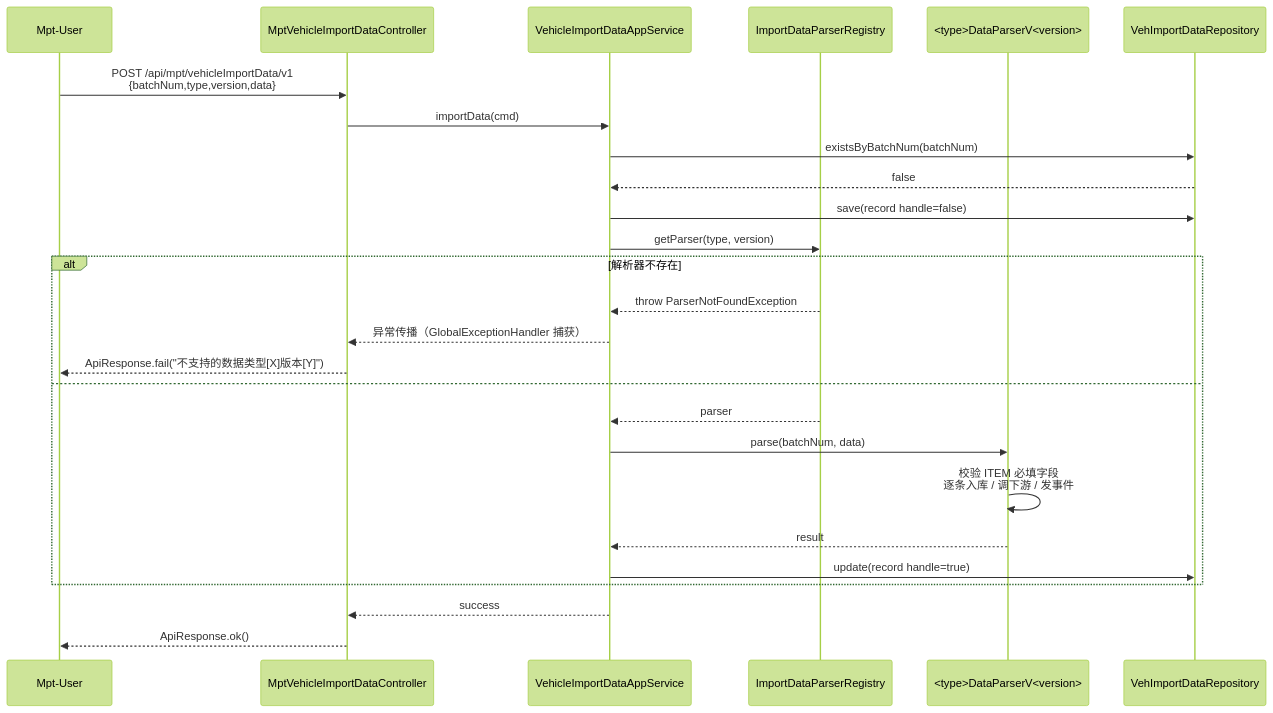
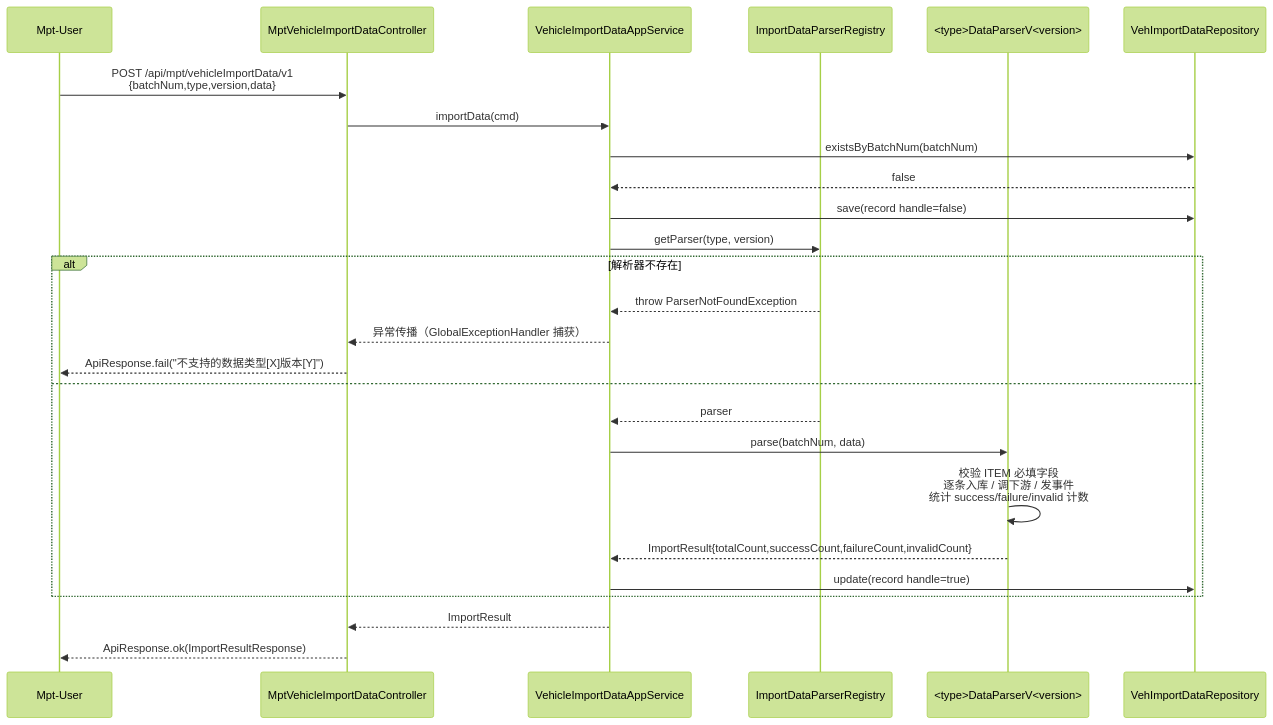
One commit to hwyzleo/iov-cloud-edd-vmd changed the fifth of 9 diagrams in specs/vehicle-master-data-platform/design.md. Above: the diagram before and after it, drawn with Mermaid (forest theme). The commit also changed other lines of this file and 13 other files, not shown here.

````diff
--- a/specs/vehicle-master-data-platform/design.md
+++ b/specs/vehicle-master-data-platform/design.md
@@ -265,29 +265,29 @@
 ```mermaid
 sequenceDiagram
     participant U as Mpt-User
     participant C as MptVehicleImportDataController
     participant A as VehicleImportDataAppService
     participant REG as ImportDataParserRegistry
     participant P as <type>DataParserV<version>
     participant R as VehImportDataRepository
 
     U->>C: POST /api/mpt/vehicleImportData/v1<br/>{batchNum,type,version,data}
     C->>A: importData(cmd)
     A->>R: existsByBatchNum(batchNum)
     R-->>A: false
     A->>R: save(record handle=false)
     A->>REG: getParser(type, version)
     alt 解析器不存在
         REG-->>A: throw ParserNotFoundException
         A-->>C: 异常传播（GlobalExceptionHandler 捕获）
         C-->>U: ApiResponse.fail("不支持的数据类型[X]版本[Y]")
     else
         REG-->>A: parser
         A->>P: parse(batchNum, data)
-        P->>P: 校验 ITEM 必填字段<br/>逐条入库 / 调下游 / 发事件
-        P-->>A: result
+        P->>P: 校验 ITEM 必填字段<br/>逐条入库 / 调下游 / 发事件<br/>统计 success/failure/invalid 计数
+        P-->>A: ImportResult{totalCount,successCount,failureCount,invalidCount}
         A->>R: update(record handle=true)
     end
-    A-->>C: success
-    C-->>U: ApiResponse.ok()
+    A-->>C: ImportResult
+    C-->>U: ApiResponse.ok(ImportResultResponse)
 ```
````
